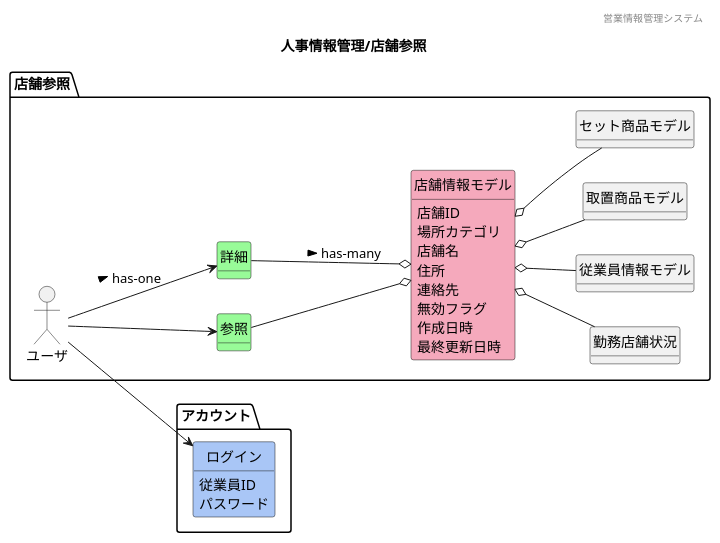
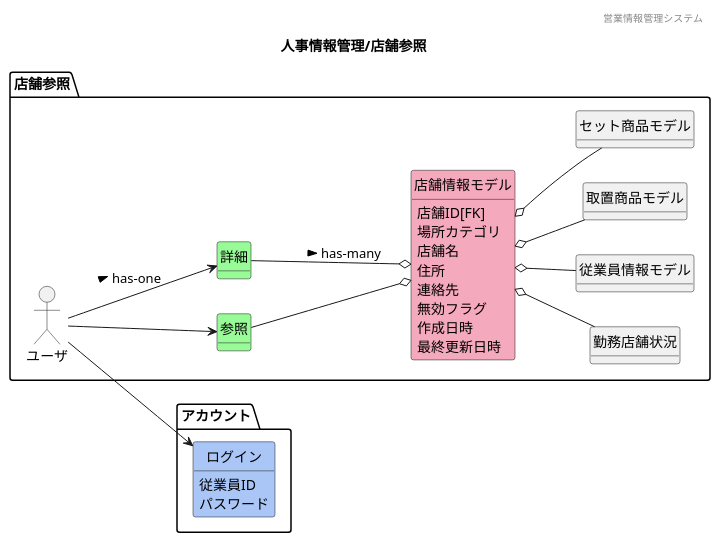
One commit to HaruShim/Sotuken changed the diagram in 各種設計書/1ドメインモデル図/人事情報管理/F13店舗参照.plantuml. Above: the diagram before and after it, drawn with PlantUML. The commit also changed 11 other files, not shown here.

```diff
--- a/各種設計書/1ドメインモデル図/人事情報管理/F13店舗参照.plantuml
+++ b/各種設計書/1ドメインモデル図/人事情報管理/F13店舗参照.plantuml
@@ -1,58 +1,58 @@
 @startuml ../images/人事情報管理/店舗参照
 ' ヘッダー
 header 営業情報管理システム
 ' タイトル
 title 人事情報管理/店舗参照
 ' 
 hide circle
 ' 
 hide method
 left to right direction
 
 package "アカウント"{
     class "ログイン" #A9C6F6
 
 }
 
 package "店舗参照" {
     'ユーザや外部システム
     mix_actor "ユーザ"
     class "参照" #98fb98
     class "詳細" #98fb98
     class "店舗情報モデル" #F5A9BC
     class "勤務店舗状況"
     class "従業員情報モデル"
     class "取置商品モデル"
     class "セット商品モデル"
 }
     ' package "マスタ管理"{
     ' }
 
     'モデル同士の関係
     ユーザ --> 参照
     ユーザ --> 詳細 : > has-one
     ユーザ --> ログイン
     参照 --o 店舗情報モデル
     詳細 --o 店舗情報モデル : > has-many
     店舗情報モデル o-- 勤務店舗状況
     店舗情報モデル o-- 従業員情報モデル
     店舗情報モデル o-- 取置商品モデル
     店舗情報モデル o-- セット商品モデル
     ' 店舗情報モデル o-- マスタ管理
 
     'ドメインクラスの属性
-    店舗情報モデル : 店舗ID
+    店舗情報モデル : 店舗ID[FK]
     店舗情報モデル : 場所カテゴリ
     店舗情報モデル : 店舗名
     店舗情報モデル : 住所
     店舗情報モデル : 連絡先
     店舗情報モデル : 無効フラグ
     店舗情報モデル : 作成日時
     店舗情報モデル : 最終更新日時
     ログイン : 従業員ID
     ログイン : パスワード
 
 
 
 
 @enduml
```
